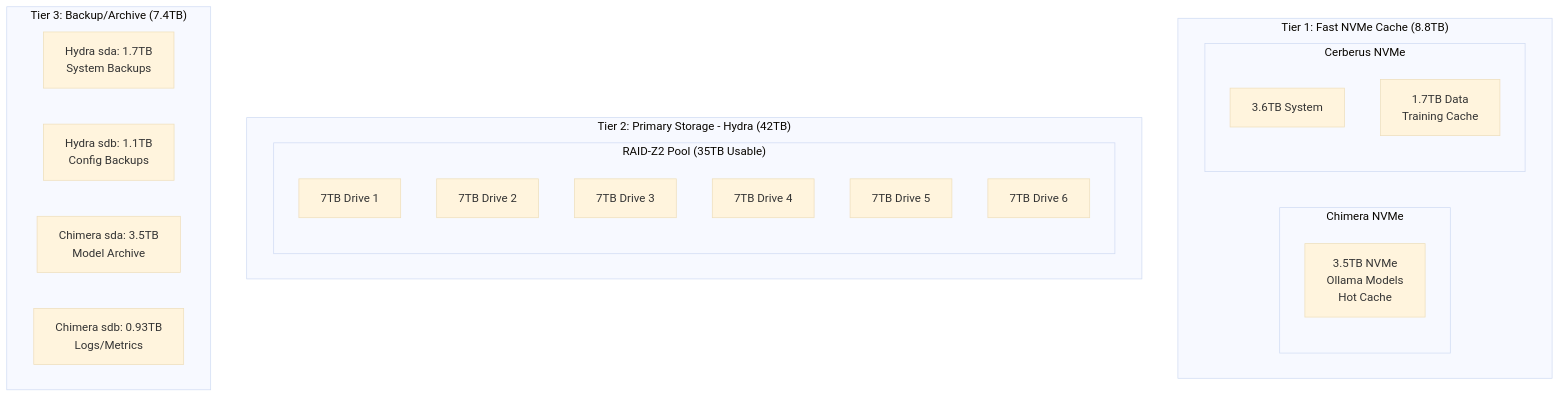
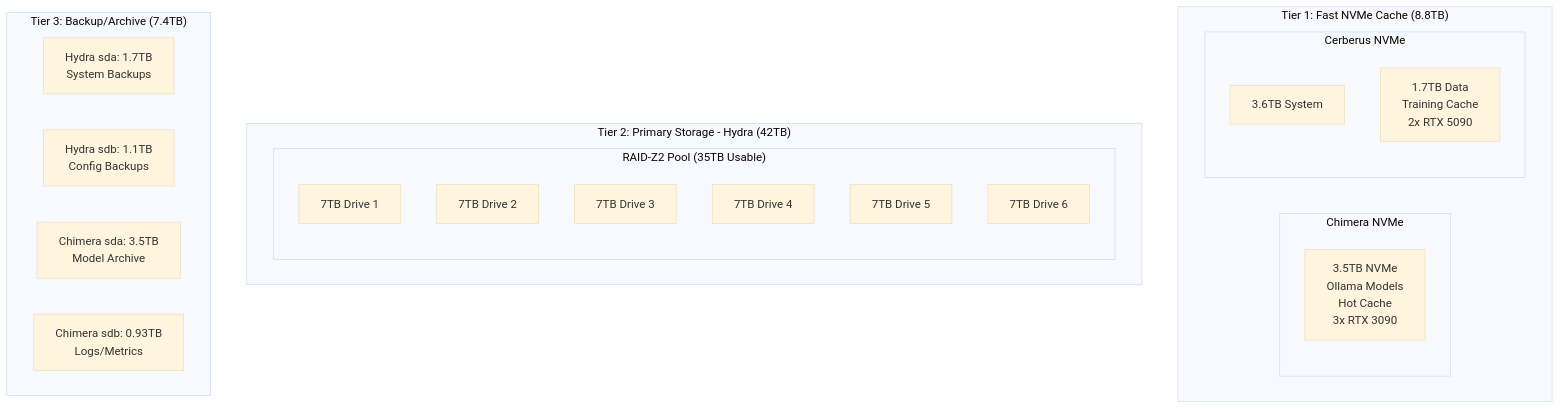
Before and after one commit to compsci-suny-newpaltz/hydra-k3s: the diagram in PLAN.md, drawn with Mermaid (base theme). The commit also changed other lines of this file and 1 other file, not shown here.

Commit message:
Update GPU configuration: 3x RTX 3090 (Chimera) + 2x RTX 5090 (Cerberus)

````diff
--- a/PLAN.md
+++ b/PLAN.md
@@ -11,30 +24,30 @@
 ```mermaid
 graph TB
     subgraph "Tier 1: Fast NVMe Cache (8.8TB)"
         subgraph "Chimera NVMe"
-            C1[3.5TB NVMe<br/>Ollama Models<br/>Hot Cache]
+            C1[3.5TB NVMe<br/>Ollama Models<br/>Hot Cache<br/>3x RTX 3090]
         end
         subgraph "Cerberus NVMe"
             CE1[3.6TB System]
-            CE2[1.7TB Data<br/>Training Cache]
+            CE2[1.7TB Data<br/>Training Cache<br/>2x RTX 5090]
         end
     end
     
     subgraph "Tier 2: Primary Storage - Hydra (42TB)"
         subgraph "RAID-Z2 Pool (35TB Usable)"
             H1[7TB Drive 1]
             H2[7TB Drive 2]
             H3[7TB Drive 3]
             H4[7TB Drive 4]
             H5[7TB Drive 5]
             H6[7TB Drive 6]
         end
     end
     
     subgraph "Tier 3: Backup/Archive (7.4TB)"
         HA[Hydra sda: 1.7TB<br/>System Backups]
         HB[Hydra sdb: 1.1TB<br/>Config Backups]
         CA[Chimera sda: 3.5TB<br/>Model Archive]
         CB[Chimera sdb: 0.93TB<br/>Logs/Metrics]
     end
 ```
````
